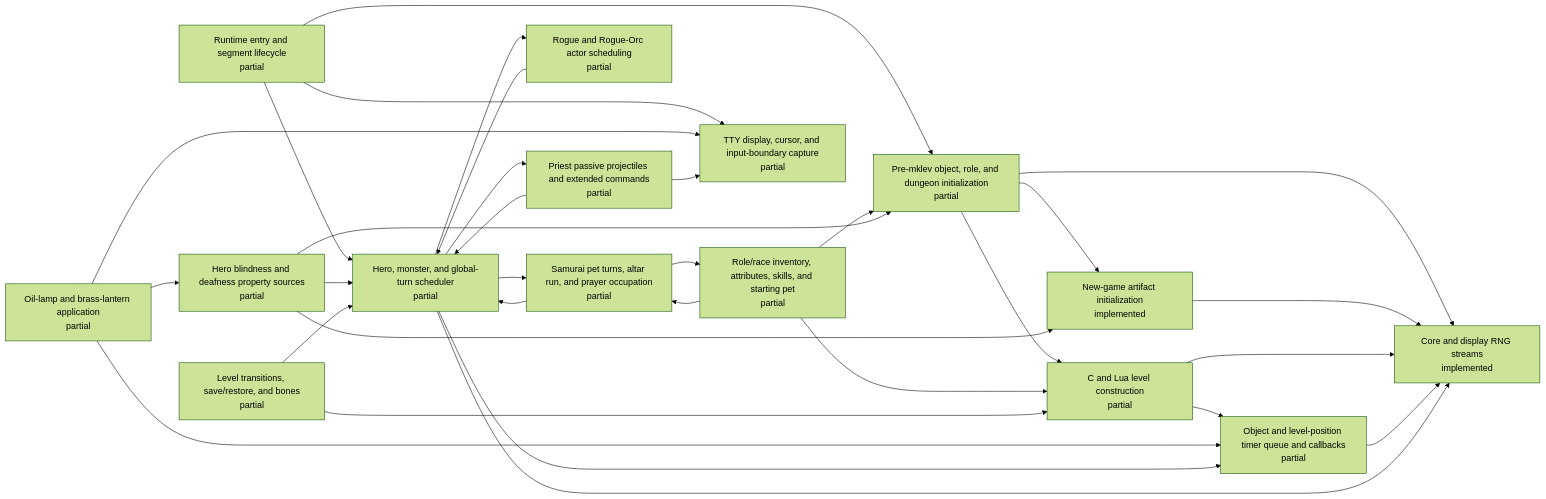
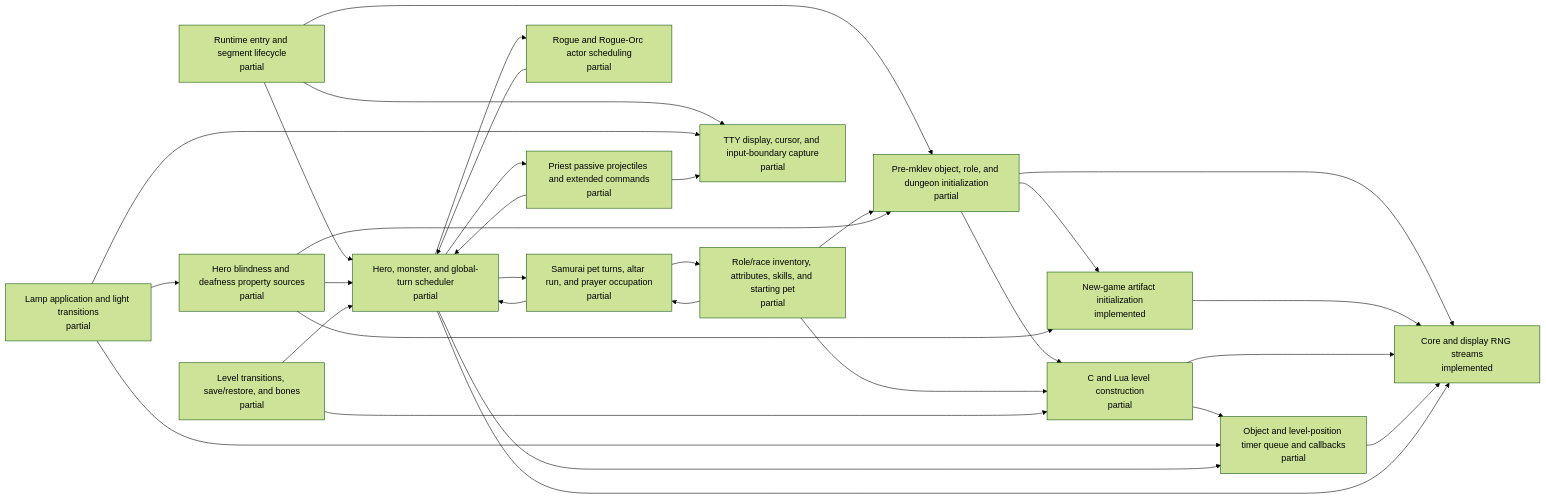
One commit to daoa0601/teleport-contest changed the diagram in docs/architecture/c-lua-ownership.generated.md. Above: the diagram before and after it, drawn with Mermaid (forest theme). The commit also changed other lines of this file and 3 other files, not shown here.

Commit message:
Record magic lamp light ownership

````diff
--- a/docs/architecture/c-lua-ownership.generated.md
+++ b/docs/architecture/c-lua-ownership.generated.md
@@ -11,49 +11,49 @@
 ```mermaid
 flowchart LR
     n_runtime_entry["Runtime entry and segment lifecycle<br/>partial"]
     n_rng_core["Core and display RNG streams<br/>implemented"]
     n_startup_pre_mklev["Pre-mklev object, role, and dungeon initialization<br/>partial"]
     n_startup_artifacts["New-game artifact initialization<br/>implemented"]
     n_startup_role_inventory["Role/race inventory, attributes, skills, and starting pet<br/>partial"]
     n_hero_sensory_properties["Hero blindness and deafness property sources<br/>partial"]
     n_level_generation["C and Lua level construction<br/>partial"]
     n_object_timer_queue["Object and level-position timer queue and callbacks<br/>partial"]
-    n_timed_lamp_application["Oil-lamp and brass-lantern application<br/>partial"]
+    n_timed_lamp_application["Lamp application and light transitions<br/>partial"]
     n_turn_scheduler["Hero, monster, and global-turn scheduler<br/>partial"]
     n_samurai_pet_turns["Samurai pet turns, altar run, and prayer occupation<br/>partial"]
     n_rogue_actor_scheduling["Rogue and Rogue-Orc actor scheduling<br/>partial"]
     n_priest_passive_projectiles["Priest passive projectiles and extended commands<br/>partial"]
     n_tty_display["TTY display, cursor, and input-boundary capture<br/>partial"]
     n_level_transition_persistence["Level transitions, save/restore, and bones<br/>partial"]
     n_runtime_entry --> n_startup_pre_mklev
     n_runtime_entry --> n_turn_scheduler
     n_runtime_entry --> n_tty_display
     n_startup_pre_mklev --> n_rng_core
     n_startup_pre_mklev --> n_startup_artifacts
     n_startup_pre_mklev --> n_level_generation
     n_startup_artifacts --> n_rng_core
     n_startup_role_inventory --> n_startup_pre_mklev
     n_startup_role_inventory --> n_level_generation
     n_startup_role_inventory --> n_samurai_pet_turns
     n_hero_sensory_properties --> n_startup_pre_mklev
     n_hero_sensory_properties --> n_startup_artifacts
     n_hero_sensory_properties --> n_turn_scheduler
     n_level_generation --> n_rng_core
     n_level_generation --> n_object_timer_queue
     n_object_timer_queue --> n_rng_core
     n_timed_lamp_application --> n_object_timer_queue
     n_timed_lamp_application --> n_hero_sensory_properties
     n_timed_lamp_application --> n_tty_display
     n_turn_scheduler --> n_rng_core
     n_turn_scheduler --> n_object_timer_queue
     n_turn_scheduler --> n_samurai_pet_turns
     n_turn_scheduler --> n_rogue_actor_scheduling
     n_turn_scheduler --> n_priest_passive_projectiles
     n_samurai_pet_turns --> n_turn_scheduler
     n_samurai_pet_turns --> n_startup_role_inventory
     n_rogue_actor_scheduling --> n_turn_scheduler
     n_priest_passive_projectiles --> n_turn_scheduler
     n_priest_passive_projectiles --> n_tty_display
     n_level_transition_persistence --> n_level_generation
     n_level_transition_persistence --> n_turn_scheduler
 ```
````
